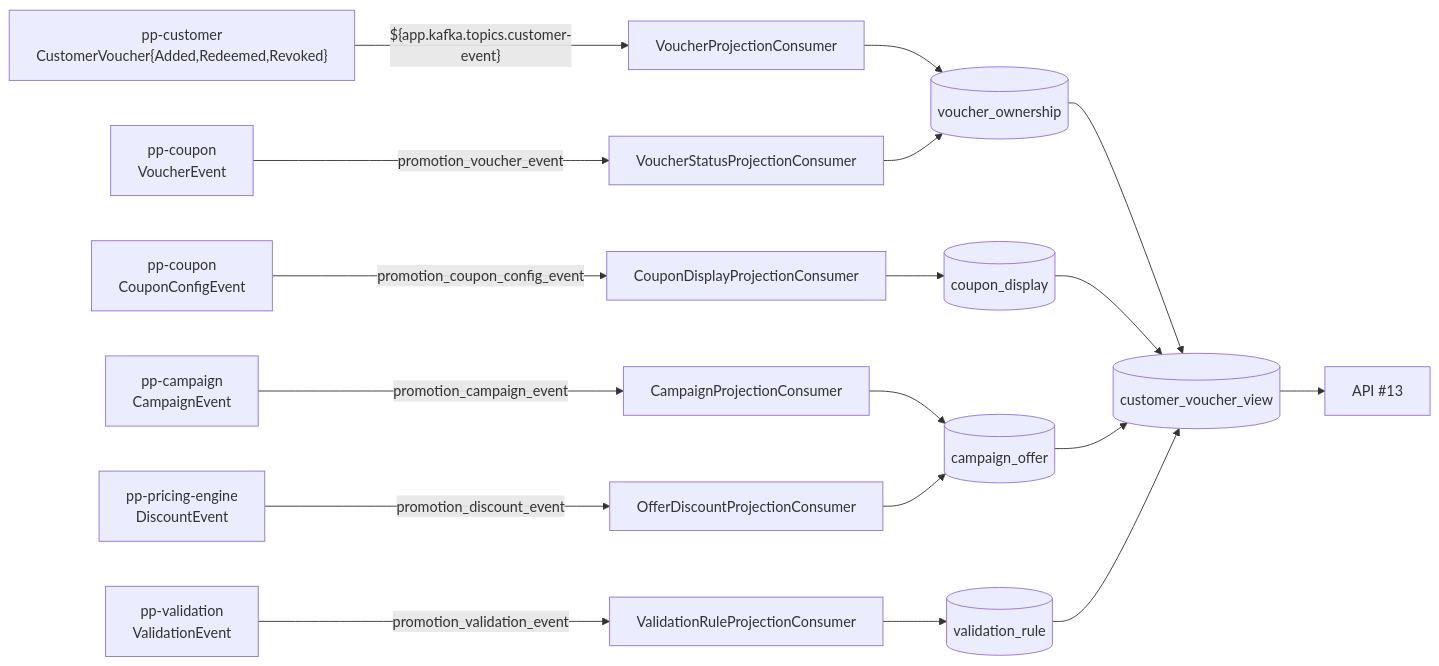
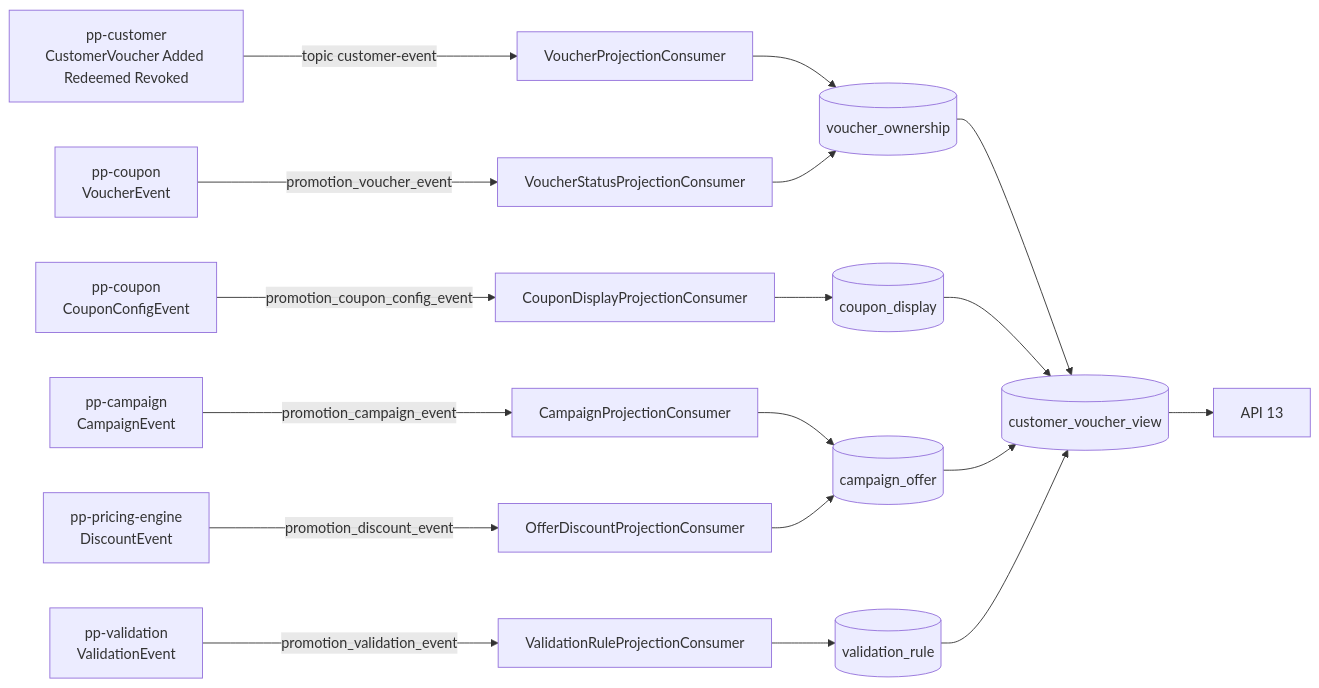
Before and after one commit to devtam-02/note-sharing: the fifth of 5 diagrams in search-customer-vouchers.md, drawn with Mermaid. The commit also changed other lines of this file, not shown here.

````diff
--- a/search-customer-vouchers.md
+++ b/search-customer-vouchers.md
@@ -394,22 +545,22 @@
 ```mermaid
 flowchart LR
-    PC["pp-customer<br/>CustomerVoucher{Added,Redeemed,Revoked}"] -->|"${app.kafka.topics.customer-event}"| VPC[VoucherProjectionConsumer]
-    CP["pp-coupon<br/>VoucherEvent"] -->|promotion_voucher_event| VSC[VoucherStatusProjectionConsumer]
-    CC["pp-coupon<br/>CouponConfigEvent"] -->|promotion_coupon_config_event| CDC[CouponDisplayProjectionConsumer]
-    CM["pp-campaign<br/>CampaignEvent"] -->|promotion_campaign_event| CPC[CampaignProjectionConsumer]
-    PE["pp-pricing-engine<br/>DiscountEvent"] -->|promotion_discount_event| ODC[OfferDiscountProjectionConsumer]
-    VL["pp-validation<br/>ValidationEvent"] -->|promotion_validation_event| VRC[ValidationRuleProjectionConsumer]
+    PC["pp-customer<br/>CustomerVoucher Added Redeemed Revoked"] -->|"topic customer-event"| VPC["VoucherProjectionConsumer"]
+    CP["pp-coupon<br/>VoucherEvent"] -->|"promotion_voucher_event"| VSC["VoucherStatusProjectionConsumer"]
+    CC["pp-coupon<br/>CouponConfigEvent"] -->|"promotion_coupon_config_event"| CDC["CouponDisplayProjectionConsumer"]
+    CM["pp-campaign<br/>CampaignEvent"] -->|"promotion_campaign_event"| CPC["CampaignProjectionConsumer"]
+    PE["pp-pricing-engine<br/>DiscountEvent"] -->|"promotion_discount_event"| ODC["OfferDiscountProjectionConsumer"]
+    VL["pp-validation<br/>ValidationEvent"] -->|"promotion_validation_event"| VRC["ValidationRuleProjectionConsumer"]
 
-    VPC --> T1[(voucher_ownership)]
+    VPC --> T1[("voucher_ownership")]
     VSC --> T1
-    CDC --> T2[(coupon_display)]
-    CPC --> T3[(campaign_offer)]
+    CDC --> T2[("coupon_display")]
+    CPC --> T3[("campaign_offer")]
     ODC --> T3
-    VRC --> T4[(validation_rule)]
+    VRC --> T4[("validation_rule")]
 
-    T1 --> VIEW[(customer_voucher_view)]
+    T1 --> VIEW[("customer_voucher_view")]
     T2 --> VIEW
     T3 --> VIEW
     T4 --> VIEW
-    VIEW --> API["API #13"]
+    VIEW --> API["API 13"]
 ```
````
